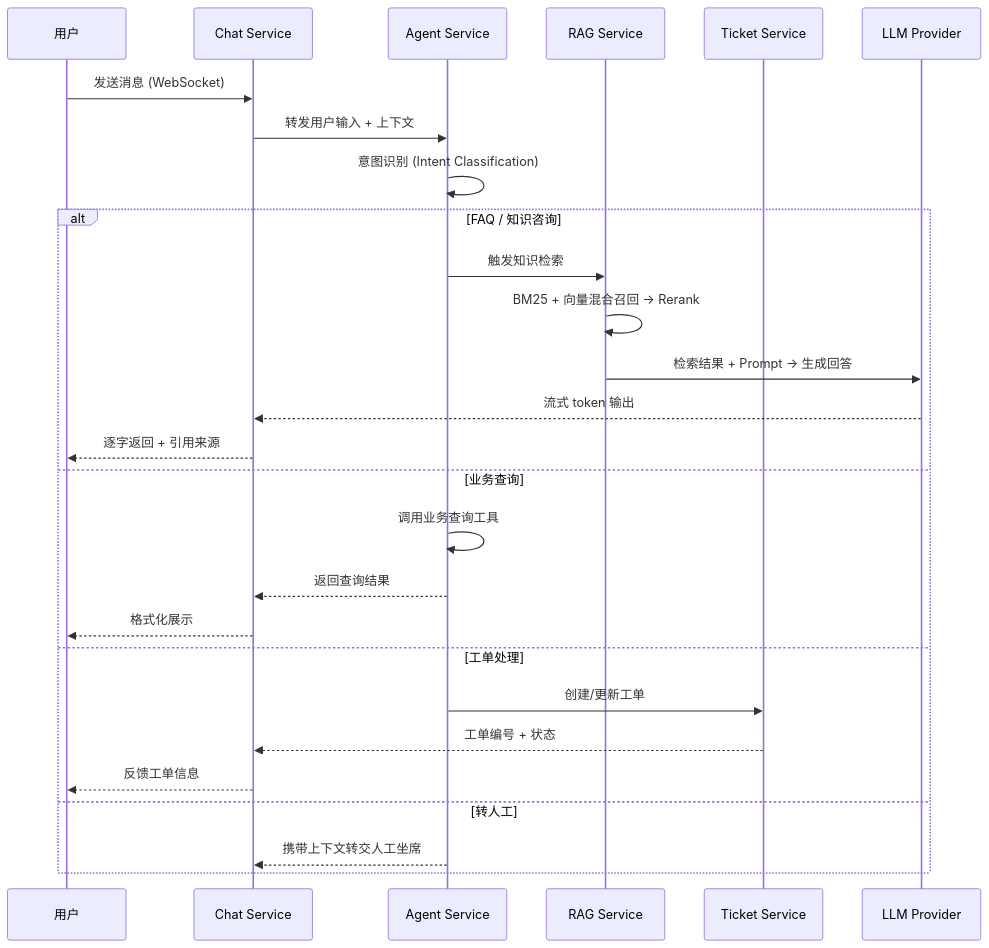
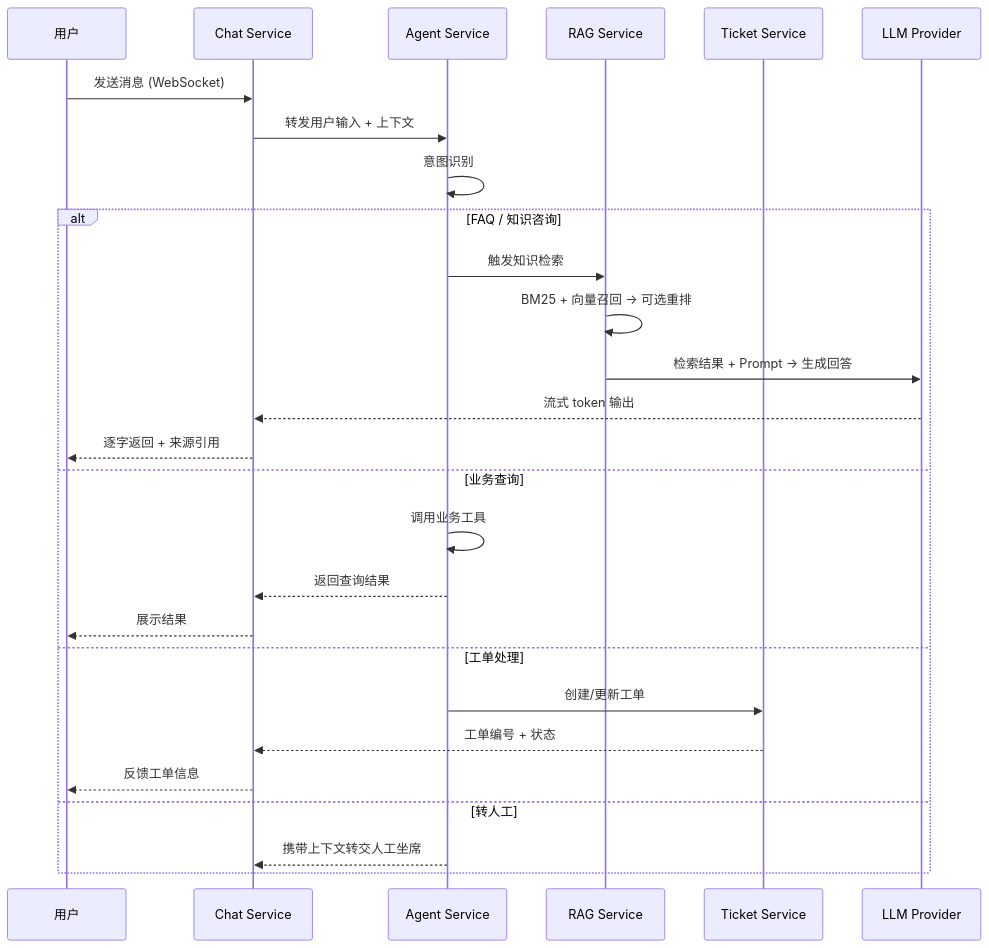
The diagram in PRD.md (Right202209/AskFlow), drawn with Mermaid before and after one commit. The commit also changed other lines of this file and 77 other files, not shown here.

````diff
--- a/PRD.md
+++ b/PRD.md
@@ -108,31 +108,31 @@
 ```mermaid
 sequenceDiagram
     participant U as 用户
     participant WS as Chat Service
     participant AG as Agent Service
     participant RAG as RAG Service
     participant TK as Ticket Service
     participant LLM as LLM Provider
 
     U->>WS: 发送消息 (WebSocket)
     WS->>AG: 转发用户输入 + 上下文
-    AG->>AG: 意图识别 (Intent Classification)
+    AG->>AG: 意图识别
 
     alt FAQ / 知识咨询
         AG->>RAG: 触发知识检索
-        RAG->>RAG: BM25 + 向量混合召回 → Rerank
+        RAG->>RAG: BM25 + 向量召回 → 可选重排
         RAG->>LLM: 检索结果 + Prompt → 生成回答
         LLM-->>WS: 流式 token 输出
-        WS-->>U: 逐字返回 + 引用来源
+        WS-->>U: 逐字返回 + 来源引用
     else 业务查询
-        AG->>AG: 调用业务查询工具
+        AG->>AG: 调用业务工具
         AG-->>WS: 返回查询结果
-        WS-->>U: 格式化展示
+        WS-->>U: 展示结果
     else 工单处理
         AG->>TK: 创建/更新工单
         TK-->>WS: 工单编号 + 状态
         WS-->>U: 反馈工单信息
     else 转人工
         AG-->>WS: 携带上下文转交人工坐席
     end
 ```
````
